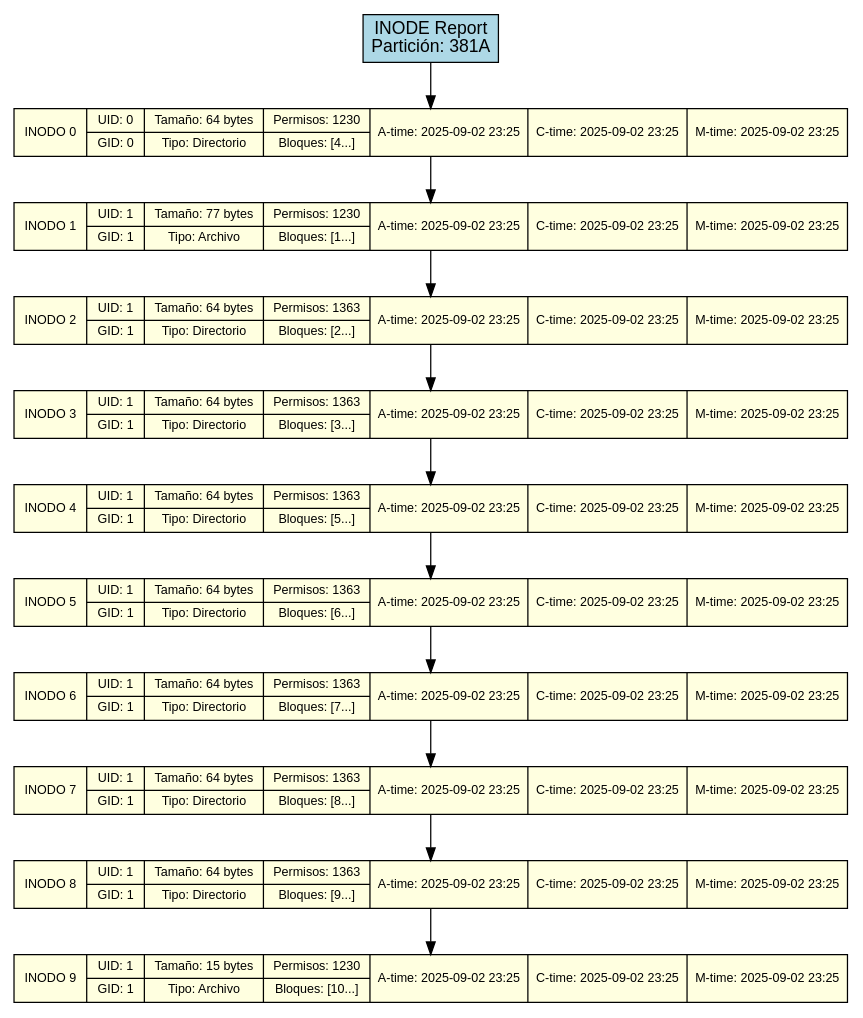
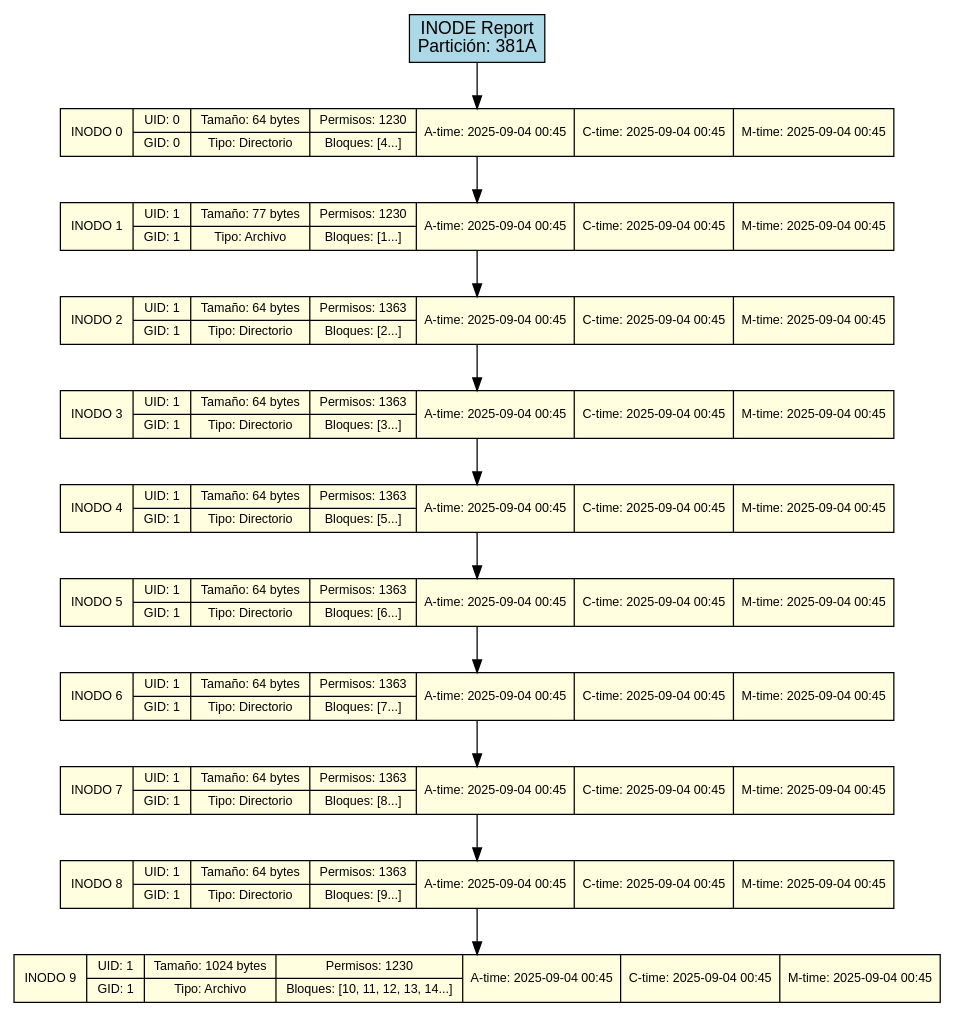
Before and after one commit to DiegVas/MIA_2S2025_P1_202300638: the diagram in backend/provider/reports/src/inode_381A.dot, drawn with Graphviz. The commit also changed 12 other files, not shown here.

```diff
--- a/backend/provider/reports/src/inode_381A.dot
+++ b/backend/provider/reports/src/inode_381A.dot
@@ -1,32 +1,32 @@
 digraph Inode_Report {
     rankdir=TB;
     node [shape=record, style=filled];
     graph [fontname="Arial", fontsize=12];
     node [fontname="Arial", fontsize=10];
     edge [fontname="Arial"];
 
     title [label="INODE Report\nPartición: 381A", fillcolor=lightblue, fontsize=14];
 
-    inode_0 [label="INODO 0|{UID: 0|GID: 0}|{Tamaño: 64 bytes|Tipo: Directorio}|{Permisos: 1230|Bloques: [4...]}|{A-time: 2025-09-02 23:25}|{C-time: 2025-09-02 23:25}|{M-time: 2025-09-02 23:25}", fillcolor=lightyellow];
-    inode_1 [label="INODO 1|{UID: 1|GID: 1}|{Tamaño: 77 bytes|Tipo: Archivo}|{Permisos: 1230|Bloques: [1...]}|{A-time: 2025-09-02 23:25}|{C-time: 2025-09-02 23:25}|{M-time: 2025-09-02 23:25}", fillcolor=lightyellow];
-    inode_2 [label="INODO 2|{UID: 1|GID: 1}|{Tamaño: 64 bytes|Tipo: Directorio}|{Permisos: 1363|Bloques: [2...]}|{A-time: 2025-09-02 23:25}|{C-time: 2025-09-02 23:25}|{M-time: 2025-09-02 23:25}", fillcolor=lightyellow];
-    inode_3 [label="INODO 3|{UID: 1|GID: 1}|{Tamaño: 64 bytes|Tipo: Directorio}|{Permisos: 1363|Bloques: [3...]}|{A-time: 2025-09-02 23:25}|{C-time: 2025-09-02 23:25}|{M-time: 2025-09-02 23:25}", fillcolor=lightyellow];
-    inode_4 [label="INODO 4|{UID: 1|GID: 1}|{Tamaño: 64 bytes|Tipo: Directorio}|{Permisos: 1363|Bloques: [5...]}|{A-time: 2025-09-02 23:25}|{C-time: 2025-09-02 23:25}|{M-time: 2025-09-02 23:25}", fillcolor=lightyellow];
-    inode_5 [label="INODO 5|{UID: 1|GID: 1}|{Tamaño: 64 bytes|Tipo: Directorio}|{Permisos: 1363|Bloques: [6...]}|{A-time: 2025-09-02 23:25}|{C-time: 2025-09-02 23:25}|{M-time: 2025-09-02 23:25}", fillcolor=lightyellow];
-    inode_6 [label="INODO 6|{UID: 1|GID: 1}|{Tamaño: 64 bytes|Tipo: Directorio}|{Permisos: 1363|Bloques: [7...]}|{A-time: 2025-09-02 23:25}|{C-time: 2025-09-02 23:25}|{M-time: 2025-09-02 23:25}", fillcolor=lightyellow];
-    inode_7 [label="INODO 7|{UID: 1|GID: 1}|{Tamaño: 64 bytes|Tipo: Directorio}|{Permisos: 1363|Bloques: [8...]}|{A-time: 2025-09-02 23:25}|{C-time: 2025-09-02 23:25}|{M-time: 2025-09-02 23:25}", fillcolor=lightyellow];
-    inode_8 [label="INODO 8|{UID: 1|GID: 1}|{Tamaño: 64 bytes|Tipo: Directorio}|{Permisos: 1363|Bloques: [9...]}|{A-time: 2025-09-02 23:25}|{C-time: 2025-09-02 23:25}|{M-time: 2025-09-02 23:25}", fillcolor=lightyellow];
-    inode_9 [label="INODO 9|{UID: 1|GID: 1}|{Tamaño: 15 bytes|Tipo: Archivo}|{Permisos: 1230|Bloques: [10...]}|{A-time: 2025-09-02 23:25}|{C-time: 2025-09-02 23:25}|{M-time: 2025-09-02 23:25}", fillcolor=lightyellow];
+    inode_0 [label="INODO 0|{UID: 0|GID: 0}|{Tamaño: 64 bytes|Tipo: Directorio}|{Permisos: 1230|Bloques: [4...]}|{A-time: 2025-09-04 00:45}|{C-time: 2025-09-04 00:45}|{M-time: 2025-09-04 00:45}", fillcolor=lightyellow];
+    inode_1 [label="INODO 1|{UID: 1|GID: 1}|{Tamaño: 77 bytes|Tipo: Archivo}|{Permisos: 1230|Bloques: [1...]}|{A-time: 2025-09-04 00:45}|{C-time: 2025-09-04 00:45}|{M-time: 2025-09-04 00:45}", fillcolor=lightyellow];
+    inode_2 [label="INODO 2|{UID: 1|GID: 1}|{Tamaño: 64 bytes|Tipo: Directorio}|{Permisos: 1363|Bloques: [2...]}|{A-time: 2025-09-04 00:45}|{C-time: 2025-09-04 00:45}|{M-time: 2025-09-04 00:45}", fillcolor=lightyellow];
+    inode_3 [label="INODO 3|{UID: 1|GID: 1}|{Tamaño: 64 bytes|Tipo: Directorio}|{Permisos: 1363|Bloques: [3...]}|{A-time: 2025-09-04 00:45}|{C-time: 2025-09-04 00:45}|{M-time: 2025-09-04 00:45}", fillcolor=lightyellow];
+    inode_4 [label="INODO 4|{UID: 1|GID: 1}|{Tamaño: 64 bytes|Tipo: Directorio}|{Permisos: 1363|Bloques: [5...]}|{A-time: 2025-09-04 00:45}|{C-time: 2025-09-04 00:45}|{M-time: 2025-09-04 00:45}", fillcolor=lightyellow];
+    inode_5 [label="INODO 5|{UID: 1|GID: 1}|{Tamaño: 64 bytes|Tipo: Directorio}|{Permisos: 1363|Bloques: [6...]}|{A-time: 2025-09-04 00:45}|{C-time: 2025-09-04 00:45}|{M-time: 2025-09-04 00:45}", fillcolor=lightyellow];
+    inode_6 [label="INODO 6|{UID: 1|GID: 1}|{Tamaño: 64 bytes|Tipo: Directorio}|{Permisos: 1363|Bloques: [7...]}|{A-time: 2025-09-04 00:45}|{C-time: 2025-09-04 00:45}|{M-time: 2025-09-04 00:45}", fillcolor=lightyellow];
+    inode_7 [label="INODO 7|{UID: 1|GID: 1}|{Tamaño: 64 bytes|Tipo: Directorio}|{Permisos: 1363|Bloques: [8...]}|{A-time: 2025-09-04 00:45}|{C-time: 2025-09-04 00:45}|{M-time: 2025-09-04 00:45}", fillcolor=lightyellow];
+    inode_8 [label="INODO 8|{UID: 1|GID: 1}|{Tamaño: 64 bytes|Tipo: Directorio}|{Permisos: 1363|Bloques: [9...]}|{A-time: 2025-09-04 00:45}|{C-time: 2025-09-04 00:45}|{M-time: 2025-09-04 00:45}", fillcolor=lightyellow];
+    inode_9 [label="INODO 9|{UID: 1|GID: 1}|{Tamaño: 1024 bytes|Tipo: Archivo}|{Permisos: 1230|Bloques: [10, 11, 12, 13, 14...]}|{A-time: 2025-09-04 00:45}|{C-time: 2025-09-04 00:45}|{M-time: 2025-09-04 00:45}", fillcolor=lightyellow];
 
     // Conexiones de la lista enlazada
     title -> inode_0;
     inode_0 -> inode_1;
     inode_1 -> inode_2;
     inode_2 -> inode_3;
     inode_3 -> inode_4;
     inode_4 -> inode_5;
     inode_5 -> inode_6;
     inode_6 -> inode_7;
     inode_7 -> inode_8;
     inode_8 -> inode_9;
 }
```
